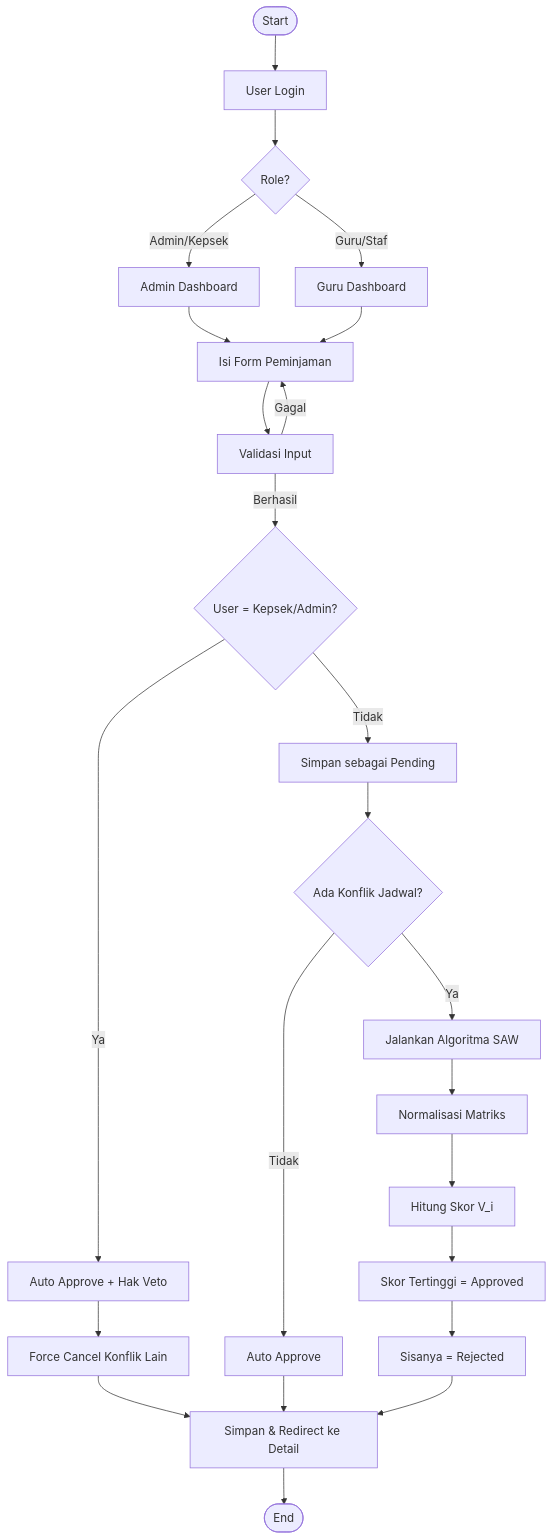
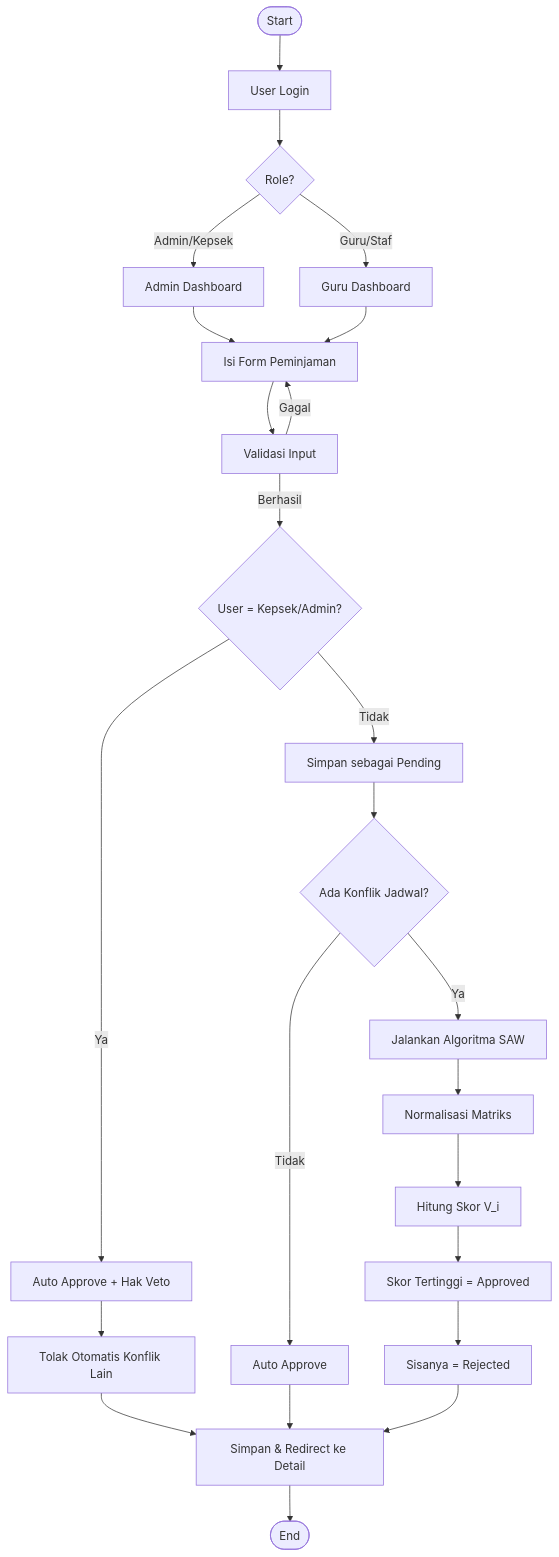
Before and after one commit to Rizalibrah08/booking-sistem: the second of 4 diagrams in README.md, drawn with Mermaid. The commit also changed other lines of this file and 10 other files, not shown here.

````diff
--- a/README.md
+++ b/README.md
@@ -194,33 +196,33 @@
 ```mermaid
 flowchart TD
     A([Start]) --> B[User Login]
     B --> C{Role?}
     C -->|Admin/Kepsek| D[Admin Dashboard]
     C -->|Guru/Staf| E[Guru Dashboard]
 
     D --> F[Isi Form Peminjaman]
     E --> F
 
     F --> G[Validasi Input]
     G -->|Gagal| F
     G -->|Berhasil| H{User = Kepsek/Admin?}
 
     H -->|Ya| I[Auto Approve + Hak Veto]
-    I --> J[Force Cancel Konflik Lain]
+    I --> J[Tolak Otomatis Konflik Lain]
     J --> K[Simpan & Redirect ke Detail]
 
     H -->|Tidak| L[Simpan sebagai Pending]
     L --> M{Ada Konflik Jadwal?}
 
     M -->|Tidak| N[Auto Approve]
     N --> K
 
     M -->|Ya| O[Jalankan Algoritma SAW]
     O --> P[Normalisasi Matriks]
     P --> Q[Hitung Skor V_i]
     Q --> R[Skor Tertinggi = Approved]
     R --> S[Sisanya = Rejected]
     S --> K
 
     K --> T([End])
 ```
````
